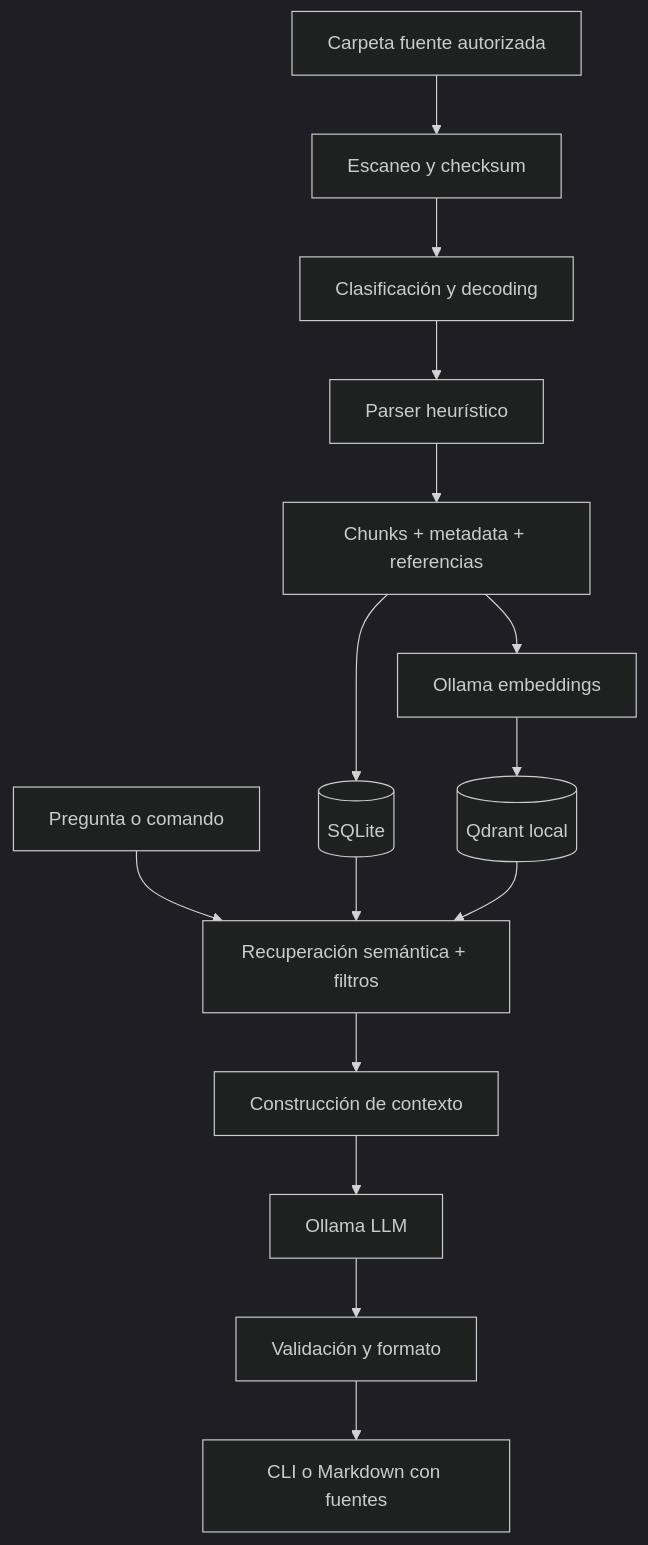
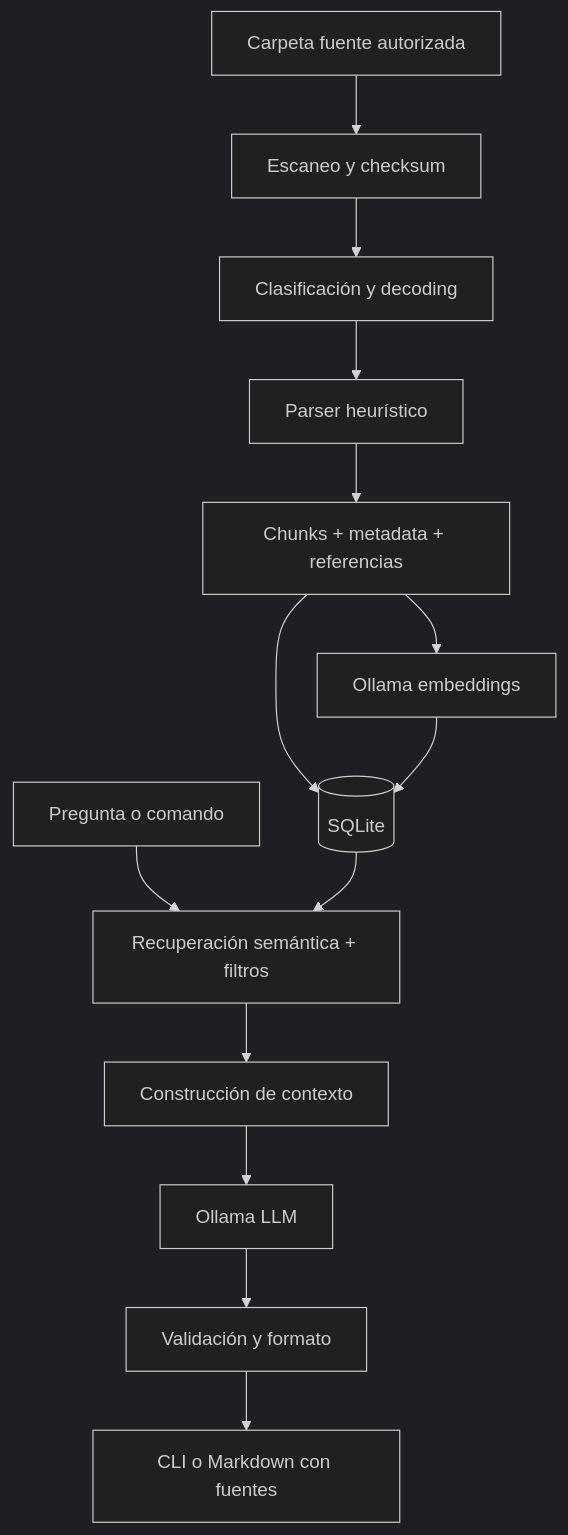
One commit to fcamasca/barbarion changed the second of 4 diagrams in docs/ARCHITECTURE.md. Above: the diagram before and after it, drawn with Mermaid (dark theme). The commit also changed other lines of this file and 1 other file, not shown here.

````diff
--- a/docs/ARCHITECTURE.md
+++ b/docs/ARCHITECTURE.md
@@ -42,18 +41,17 @@
 ```mermaid
 flowchart TD
     A["Carpeta fuente autorizada"] --> B["Escaneo y checksum"]
     B --> C["Clasificación y decoding"]
     C --> D["Parser heurístico"]
     D --> E["Chunks + metadata + referencias"]
     E --> F[("SQLite")]
     E --> G["Ollama embeddings"]
-    G --> H[("Qdrant local")]
+    G --> F
 
     Q["Pregunta o comando"] --> R["Recuperación semántica + filtros"]
     F --> R
-    H --> R
     R --> P["Construcción de contexto"]
     P --> L["Ollama LLM"]
     L --> V["Validación y formato"]
     V --> O["CLI o Markdown con fuentes"]
 ```
````
